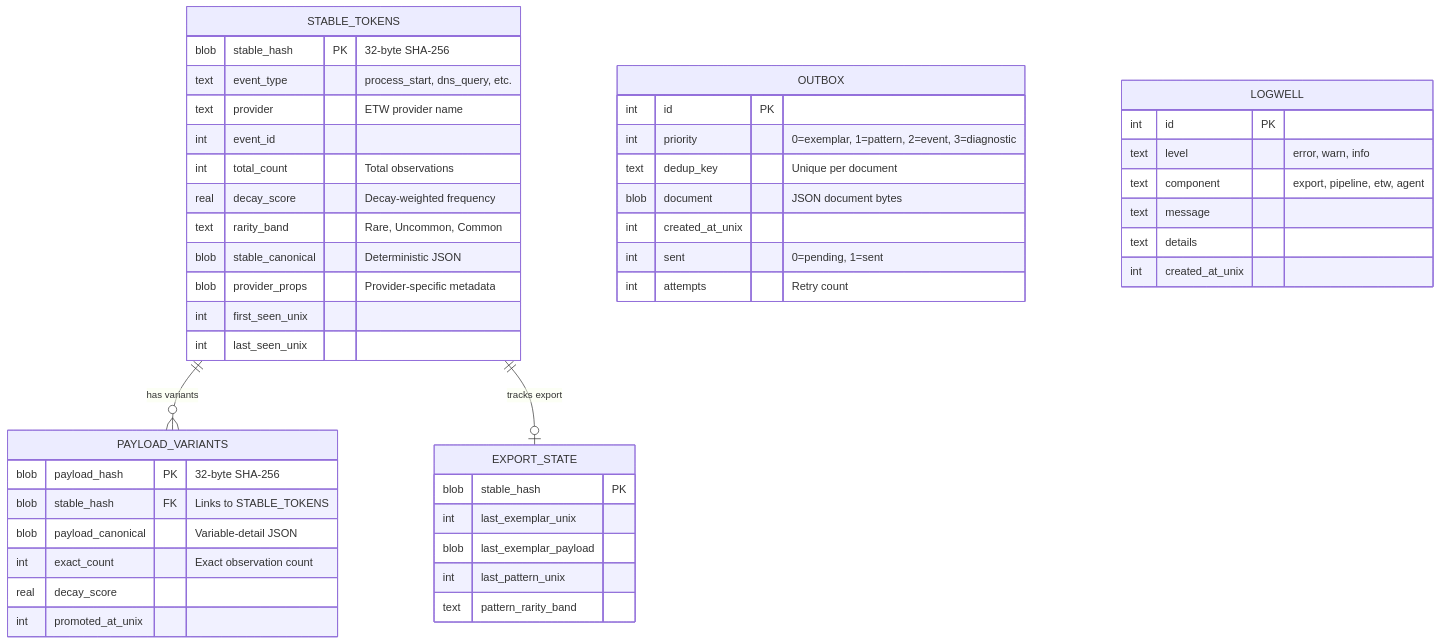
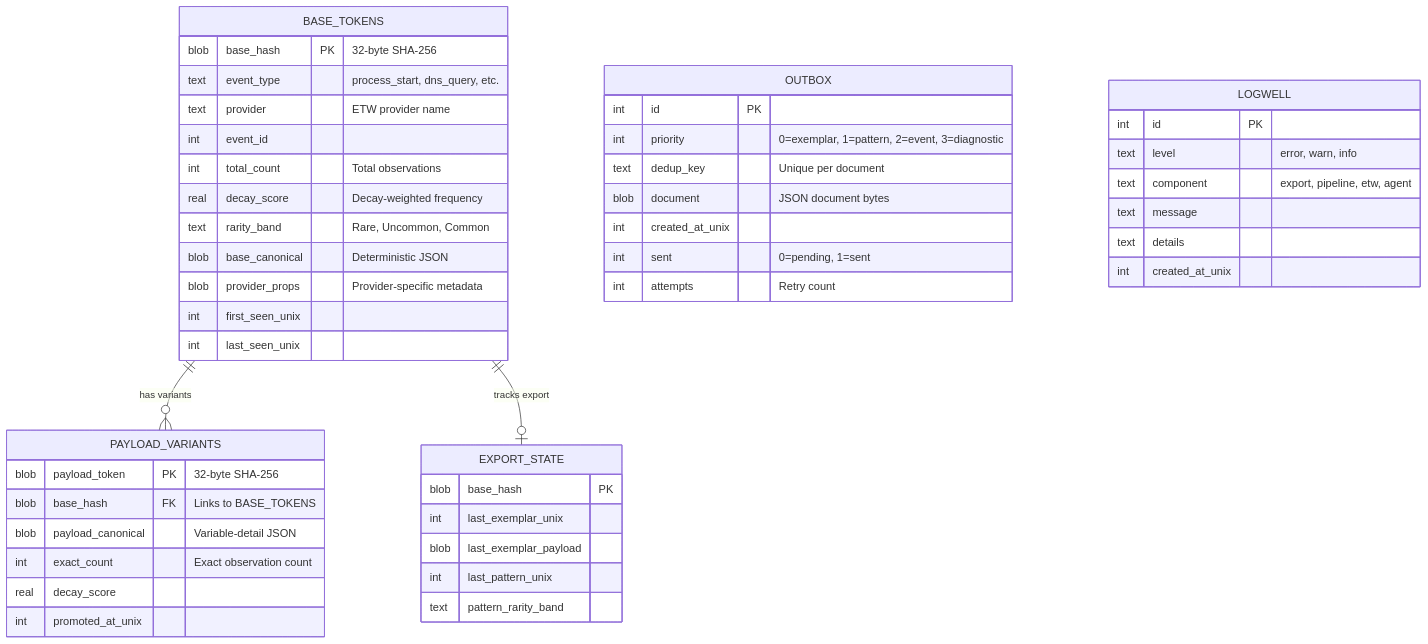
The sixth of 8 diagrams in LongHorizons/ARCHITECTURE.md (LongHorizons/WindOH), drawn with Mermaid before and after one commit. The commit also changed other lines of this file and 17 other files, not shown here.

First line of the commit message:
Rename stable_hash/stableHash -> base_token/baseToken across all documentation

````diff
--- a/LongHorizons/ARCHITECTURE.md
+++ b/LongHorizons/ARCHITECTURE.md
@@ -250,55 +250,55 @@
 ```mermaid
 erDiagram
-    STABLE_TOKENS {
-        blob stable_hash PK "32-byte SHA-256"
+    BASE_TOKENS {
+        blob base_hash PK "32-byte SHA-256"
         text event_type "process_start, dns_query, etc."
         text provider "ETW provider name"
         int event_id
         int total_count "Total observations"
         real decay_score "Decay-weighted frequency"
         text rarity_band "Rare, Uncommon, Common"
-        blob stable_canonical "Deterministic JSON"
+        blob base_canonical "Deterministic JSON"
         blob provider_props "Provider-specific metadata"
         int first_seen_unix
         int last_seen_unix
     }
 
     PAYLOAD_VARIANTS {
-        blob payload_hash PK "32-byte SHA-256"
-        blob stable_hash FK "Links to STABLE_TOKENS"
+        blob payload_token PK "32-byte SHA-256"
+        blob base_hash FK "Links to BASE_TOKENS"
         blob payload_canonical "Variable-detail JSON"
         int exact_count "Exact observation count"
         real decay_score
         int promoted_at_unix
     }
 
     OUTBOX {
         int id PK
         int priority "0=exemplar, 1=pattern, 2=event, 3=diagnostic"
         text dedup_key "Unique per document"
         blob document "JSON document bytes"
         int created_at_unix
         int sent "0=pending, 1=sent"
         int attempts "Retry count"
     }
 
     LOGWELL {
         int id PK
         text level "error, warn, info"
         text component "export, pipeline, etw, agent"
         text message
         text details
         int created_at_unix
     }
 
     EXPORT_STATE {
-        blob stable_hash PK
+        blob base_hash PK
         int last_exemplar_unix
         blob last_exemplar_payload
         int last_pattern_unix
         text pattern_rarity_band
     }
 
-    STABLE_TOKENS ||--o{ PAYLOAD_VARIANTS : "has variants"
-    STABLE_TOKENS ||--o| EXPORT_STATE : "tracks export"
+    BASE_TOKENS ||--o{ PAYLOAD_VARIANTS : "has variants"
+    BASE_TOKENS ||--o| EXPORT_STATE : "tracks export"
 ```
````
